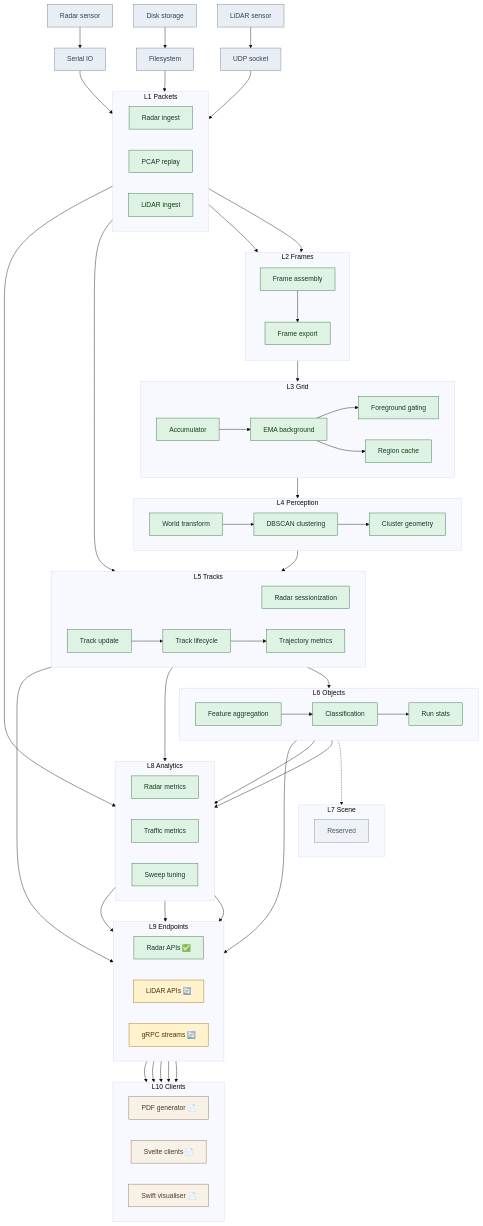
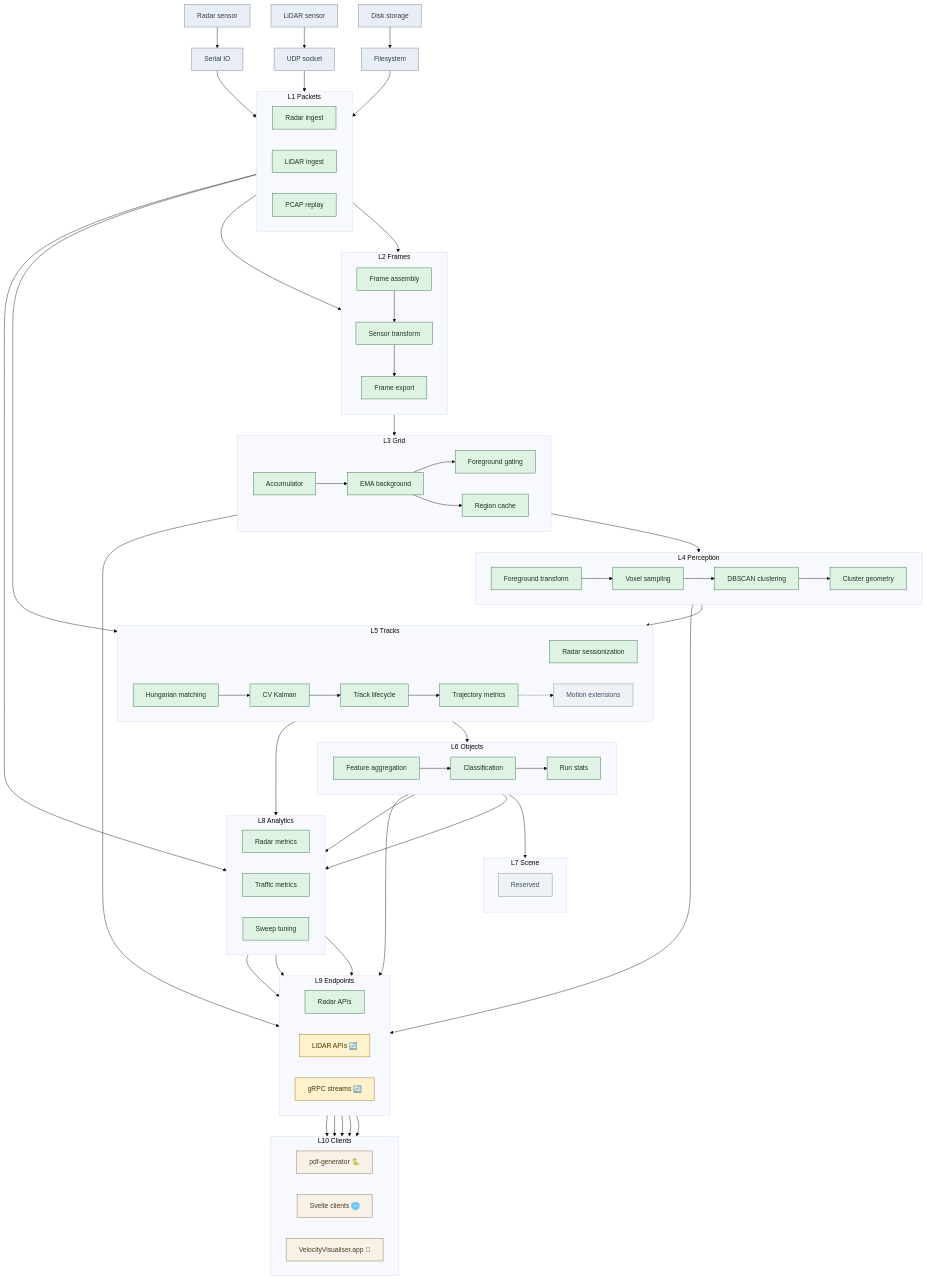
Before and after one commit to banshee-data/velocity.report: the diagram in docs/lidar/architecture/lidar-data-layer-model.md, drawn with Mermaid (base theme). The commit also changed other lines of this file, not shown here.

Commit message:
[docs] update LiDAR data layer model documentation with revised flowchart structure and labels

````diff
--- a/docs/lidar/architecture/lidar-data-layer-model.md
+++ b/docs/lidar/architecture/lidar-data-layer-model.md
@@ -59,14 +59,15 @@
     subgraph L1["L1 Packets"]
         direction LR
         L1a["Radar ingest"]
-        L1b["PCAP replay"]
-        L1c["LiDAR ingest"]
+        L1b["LiDAR ingest"]
+        L1c["PCAP replay"]
     end
 
     subgraph L2["L2 Frames"]
         direction TB
         L2a["Frame assembly"]
-        L2b["Frame export"]
+        L2b["Sensor transform"]
+        L2c["Frame export"]
     end
 
     subgraph L3["L3 Grid"]
@@ -79,17 +80,20 @@
 
     subgraph L4["L4 Perception"]
         direction LR
-        L4a["World transform"]
-        L4b["DBSCAN clustering"]
-        L4c["Cluster geometry"]
+        L4a["Foreground transform"]
+        L4b["Voxel sampling"]
+        L4c["DBSCAN clustering"]
+        L4d["Cluster geometry"]
     end
 
     subgraph L5["L5 Tracks"]
         direction LR
         L5a["Radar sessionization"]
-        L5b["Track update"]
-        L5c["Track lifecycle"]
-        L5d["Trajectory metrics"]
+        L5b["Hungarian matching"]
+        L5c["CV Kalman"]
+        L5d["Track lifecycle"]
+        L5e["Trajectory metrics"]
+        L5f["Motion extensions"]
     end
 
     subgraph L6["L6 Objects"]
@@ -100,7 +104,7 @@
     end
 
     subgraph L7["L7 Scene"]
-        direction LR
+        direction TB
         L7a["Reserved"]
     end
 
@@ -113,48 +117,53 @@
 
     subgraph L9["L9 Endpoints"]
         direction LR
-        L9a["Radar APIs ✅"]
+        L9a["Radar APIs"]
         L9b["LiDAR APIs 🔄"]
         L9c["gRPC streams 🔄"]
     end
 
     subgraph L10["L10 Clients"]
         direction LR
-        L10a["PDF generator 📄"]
-        L10b["Svelte clients 📄"]
-        L10c["Swift visualiser 📄"]
+        L10a["pdf-generator 🐍"]
+        L10b["Svelte clients 🌐"]
+        L10c["VelocityVisualiser.app "]
     end
 
     P0a --> P0d
     P0b --> P0e
     P0c --> P0f
     P0d --> L1a
-    P0e --> L1b
-    P0f --> L1c
+    P0f --> L1b
+    P0e --> L1c
 
+    L1b --> L2a
     L1c --> L2a
-    L1b --> L2a
     L2a --> L2b
     L2a --> L3a
+    L2b --> L2c
     L3a --> L3b
     L3b --> L3c
     L3b --> L3d
     L3c --> L4a
     L4a --> L4b
     L4b --> L4c
-    L4c --> L5b
+    L4c --> L4d
+    L4d --> L5b
     L5b --> L5c
     L5c --> L5d
-    L5d --> L6a
+    L5d --> L5e
+    L5e --> L6a
+    L5e -.-> L5f
     L6a --> L6b
     L6b --> L6c
-    L6b -.-> L7a
     L6c --> L8b
     L6c --> L8c
-    L5d --> L9c
+    L3b --> L9c
     L6b --> L9c
+    L8c --> L9b
+    L6b --> L7a
     L8b --> L9b
-    L8c --> L9b
+    L4d --> L9c
     L9c --> L10c
     L9b --> L10c
     L9b --> L10b
@@ -167,8 +176,8 @@
     L9a --> L10b
 
     class P0a,P0b,P0c,P0d,P0e,P0f infra;
-    class L1a,L1b,L1c,L2a,L2b,L3a,L3b,L3c,L3d,L4a,L4b,L4c,L5a,L5b,L5c,L5d,L6a,L6b,L6c,L8a,L8b,L8c,L9a implemented;
+    class L1a,L1b,L1c,L2a,L2b,L2c,L3a,L3b,L3c,L3d,L4a,L4b,L4c,L4d,L5a,L5b,L5c,L5d,L5e,L6a,L6b,L6c,L8a,L8b,L8c,L9a implemented;
     class L9b,L9c partial;
-    class L7a gap;
+    class L5f,L7a gap;
     class L10a,L10b,L10c client;
 ```
````
